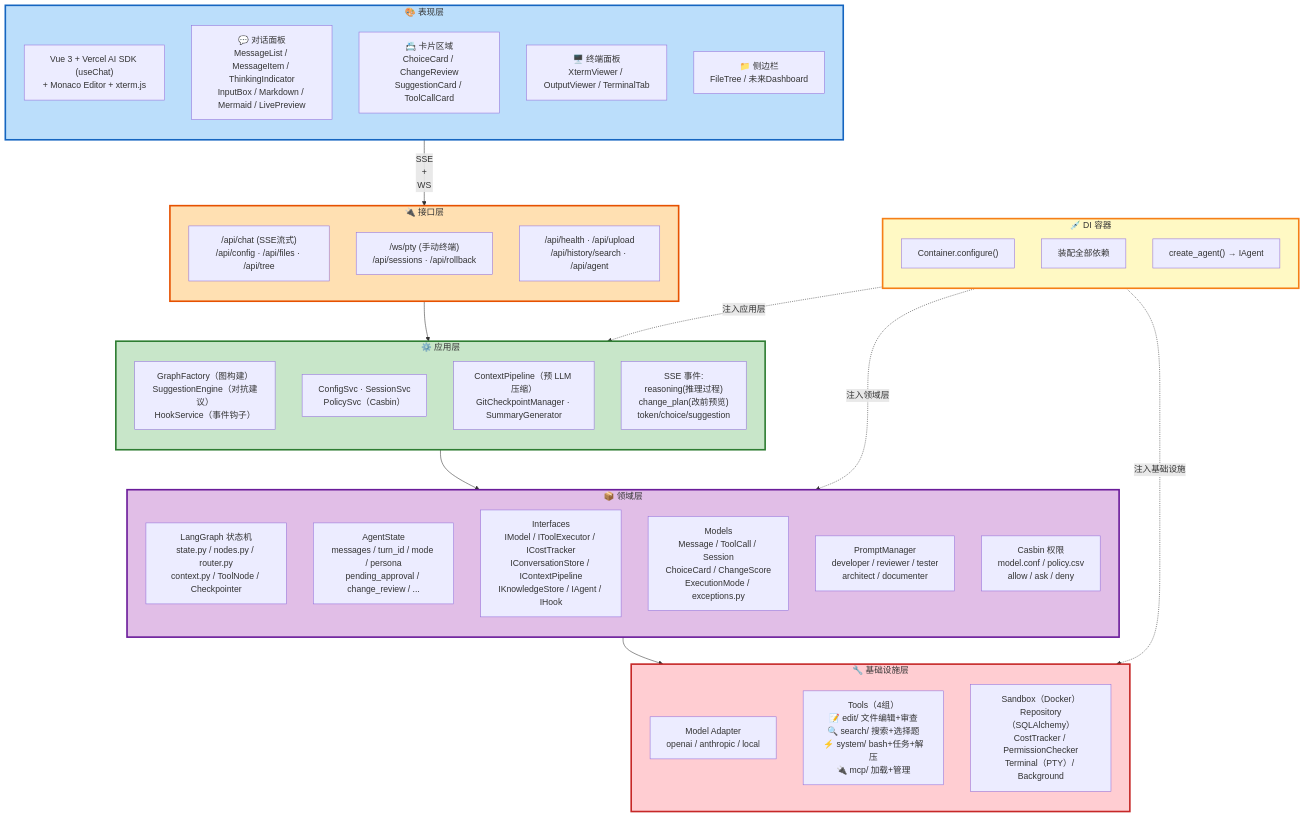
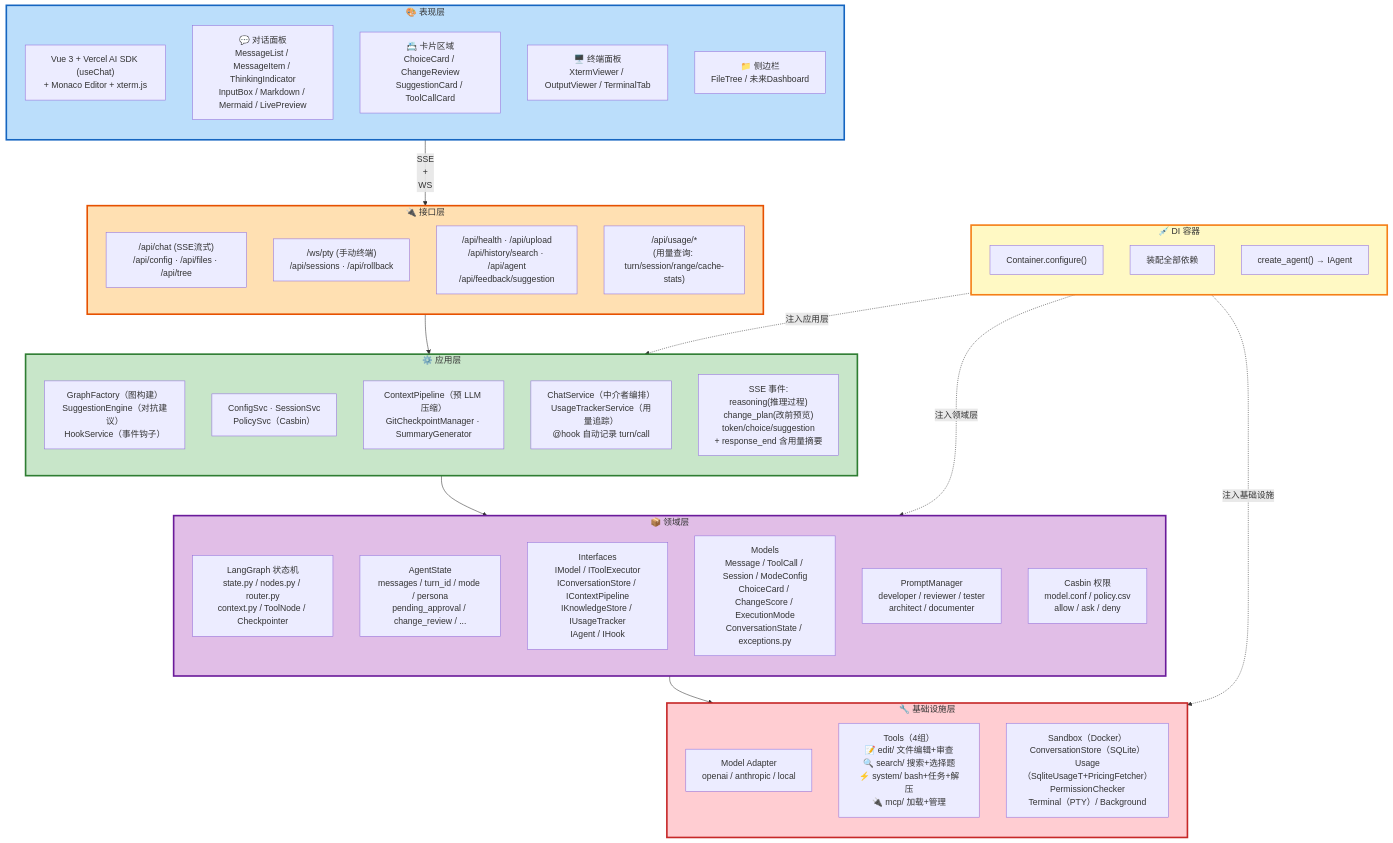
Before and after one commit to sunq0001/flypig: the diagram in docs/docs_refactor/architecture-diagram.md, drawn with Mermaid. The commit also changed other lines of this file and 12 other files, not shown here.

First line of the commit message:
feat(docs): 新增用量追踪系统 IUsageTracker + 骨架交叉核对修正

````diff
--- a/docs/docs_refactor/architecture-diagram.md
+++ b/docs/docs_refactor/architecture-diagram.md
@@ -123,65 +129,67 @@
 ```mermaid
 flowchart TD
     subgraph PRESENTATION["🎨 表现层"]
         direction TB
         P0["Vue 3 + Vercel AI SDK (useChat)<br/>+ Monaco Editor + xterm.js"]
         P1["💬 对话面板<br/>MessageList / MessageItem / ThinkingIndicator<br/>InputBox / Markdown / Mermaid / LivePreview"]
         P2["📇 卡片区域<br/>ChoiceCard / ChangeReview<br/>SuggestionCard / ToolCallCard"]
         P3["🖥️ 终端面板<br/>XtermViewer / OutputViewer / TerminalTab"]
         P4["📁 侧边栏<br/>FileTree / 未来Dashboard"]
     end
     PRESENTATION -->|"SSE<br/>+<br/>WS"| INTERFACE
 
     subgraph INTERFACE["🔌 接口层"]
         direction TB
         I1["/api/chat (SSE流式)<br/>/api/config · /api/files · /api/tree"]
         I2["/ws/pty (手动终端)<br/>/api/sessions · /api/rollback"]
-        I3["/api/health · /api/upload<br/>/api/history/search · /api/agent"]
+        I3["/api/health · /api/upload<br/>/api/history/search · /api/agent<br/>/api/feedback/suggestion"]
+        I4["/api/usage/*<br/>(用量查询: turn/session/range/cache-stats)"]
     end
     INTERFACE --> APPLICATION
 
     subgraph APPLICATION["⚙️ 应用层"]
         direction TB
         A1["GraphFactory（图构建）<br/>SuggestionEngine（对抗建议）<br/>HookService（事件钩子）"]
         A2["ConfigSvc · SessionSvc<br/>PolicySvc（Casbin）"]
         A3["ContextPipeline（预 LLM 压缩）<br/>GitCheckpointManager · SummaryGenerator"]
-        A4["SSE 事件:<br/>reasoning(推理过程)<br/>change_plan(改前预览)<br/>token/choice/suggestion"]
+        A4["ChatService（中介者编排）<br/>UsageTrackerService（用量追踪）<br/>@hook 自动记录 turn/call"]
+        A5["SSE 事件:<br/>reasoning(推理过程)<br/>change_plan(改前预览)<br/>token/choice/suggestion<br/>+ response_end 含用量摘要"]
     end
     APPLICATION --> DOMAIN
 
     subgraph DOMAIN["📦 领域层"]
         direction TB
         D1["LangGraph 状态机<br/>state.py / nodes.py / router.py<br/>context.py / ToolNode / Checkpointer"]
         D2["AgentState<br/>messages / turn_id / mode / persona<br/>pending_approval / change_review / ..."]
-        D3["Interfaces<br/>IModel / IToolExecutor / ICostTracker<br/>IConversationStore / IContextPipeline<br/>IKnowledgeStore / IAgent / IHook"]
-        D4["Models<br/>Message / ToolCall / Session<br/>ChoiceCard / ChangeScore<br/>ExecutionMode / exceptions.py"]
+        D3["Interfaces<br/>IModel / IToolExecutor<br/>IConversationStore / IContextPipeline<br/>IKnowledgeStore / IUsageTracker<br/>IAgent / IHook"]
+        D4["Models<br/>Message / ToolCall / Session / ModeConfig<br/>ChoiceCard / ChangeScore / ExecutionMode<br/>ConversationState / exceptions.py"]
         D5["PromptManager<br/>developer / reviewer / tester<br/>architect / documenter"]
         D6["Casbin 权限<br/>model.conf / policy.csv<br/>allow / ask / deny"]
     end
     DOMAIN --> INFRASTRUCTURE
 
     subgraph INFRASTRUCTURE["🔧 基础设施层"]
         direction TB
         F1["Model Adapter<br/>openai / anthropic / local"]
         F2["Tools（4组）<br/>📝 edit/ 文件编辑+审查<br/>🔍 search/ 搜索+选择题<br/>⚡ system/ bash+任务+解压<br/>🔌 mcp/ 加载+管理"]
-        F3["Sandbox（Docker）<br/>Repository（SQLAlchemy）<br/>CostTracker / PermissionChecker<br/>Terminal（PTY）/ Background"]
+        F3["Sandbox（Docker）<br/>ConversationStore（SQLite）<br/>Usage（SqliteUsageT+PricingFetcher）<br/>PermissionChecker<br/>Terminal（PTY）/ Background"]
     end
 
     subgraph DI["💉 DI 容器"]
         direction TB
         DX1["Container.configure()"]
         DX2["装配全部依赖"]
         DX3["create_agent() → IAgent"]
     end
 
     DI -.->|注入应用层| APPLICATION
     DI -.->|注入领域层| DOMAIN
     DI -.->|注入基础设施| INFRASTRUCTURE
 
     style PRESENTATION fill:#BBDEFB,stroke:#1565C0,stroke-width:3px,fontSize:16px
     style INTERFACE fill:#FFE0B2,stroke:#E65100,stroke-width:3px,fontSize:16px
     style APPLICATION fill:#C8E6C9,stroke:#2E7D32,stroke-width:3px,fontSize:16px
     style DOMAIN fill:#E1BEE7,stroke:#6A1B9A,stroke-width:3px,fontSize:16px
     style INFRASTRUCTURE fill:#FFCDD2,stroke:#C62828,stroke-width:3px,fontSize:16px
     style DI fill:#FFF9C4,stroke:#F57F17,stroke-width:3px,fontSize:16px
 ```
````
